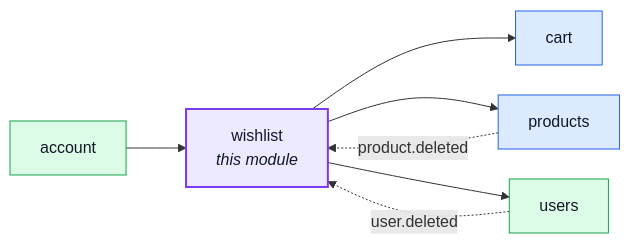
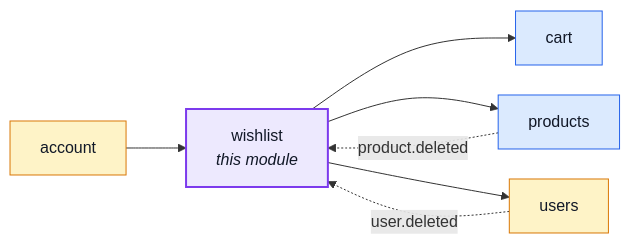
The first of 2 diagrams in docs/modules/wishlist.md (Guebbit/boilerplate-node-backend), drawn with Mermaid before and after one commit. The commit also changed 13 other files, not shown here.

````diff
--- a/docs/modules/wishlist.md
+++ b/docs/modules/wishlist.md
@@ -16,24 +16,24 @@
 ```mermaid
 %%{init: {'flowchart': {'nodeSpacing': 30, 'rankSpacing': 60}}}%%
 flowchart LR
     wishlist["wishlist<br/><i>this module</i>"]
     account["account"]
     cart["cart"]
     products["products"]
     users["users"]
 
     account --> wishlist
     wishlist --> cart
     wishlist --> products
     wishlist --> users
     products -. "product.deleted" .-> wishlist
     users -. "user.deleted" .-> wishlist
 
     classDef core fill:#dbeafe,stroke:#2563eb,color:#111827;
     classDef supporting fill:#fef3c7,stroke:#d97706,color:#111827;
     classDef generic fill:#dcfce7,stroke:#16a34a,color:#111827;
     classDef centre fill:#ede9fe,stroke:#7c3aed,stroke-width:2px,color:#111827;
     class cart,products core;
-    class account,users generic;
+    class account,users supporting;
     class wishlist centre;
 ```
````
